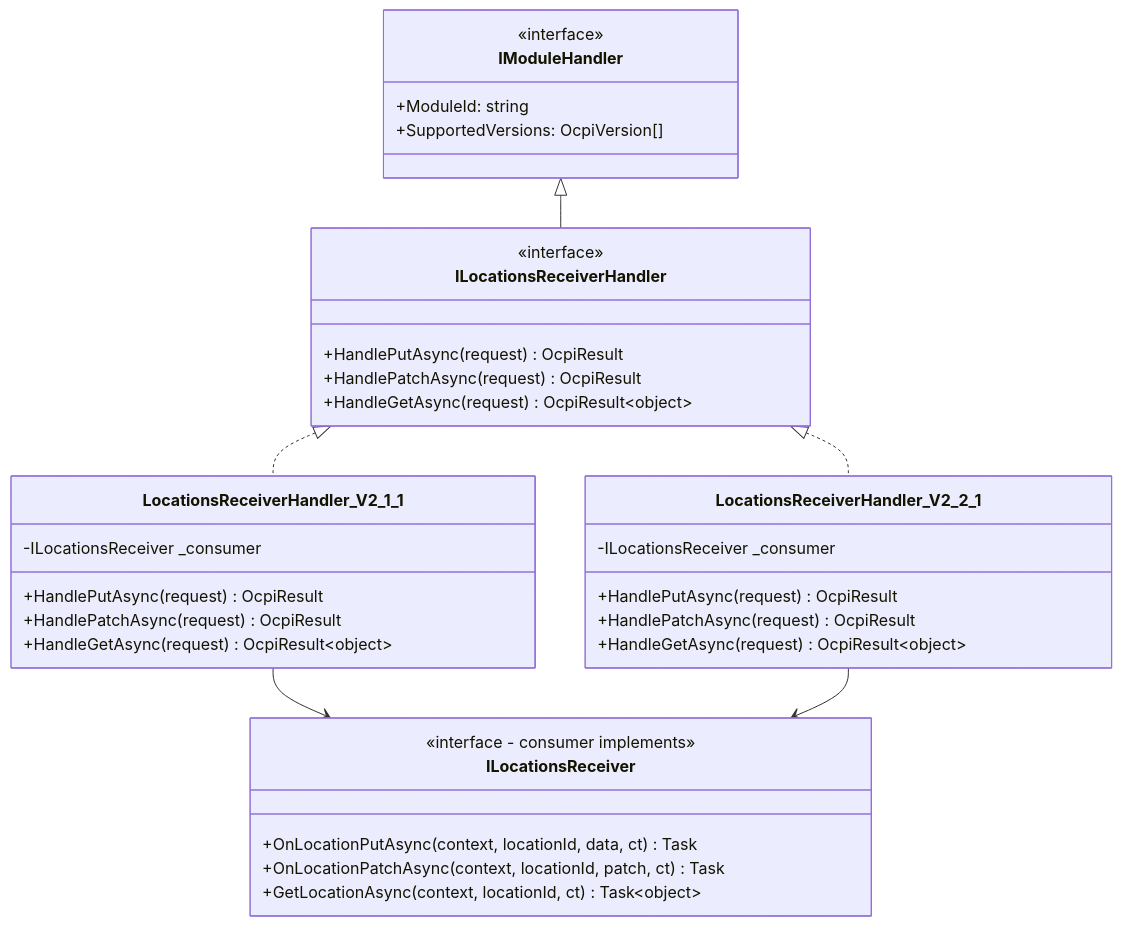
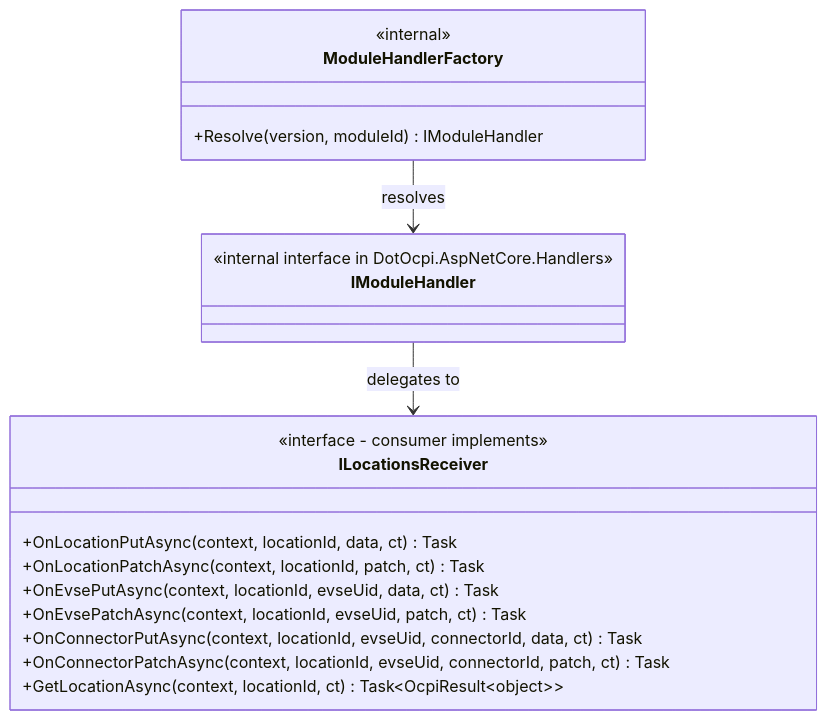
Before and after one commit to hannan-m/DotOcpi: diagram 16 of 34 in docs/architecture.md, drawn with Mermaid. The commit also changed other lines of this file, not shown here.

First line of the commit message:
fix architecture.md to match actual implementation

````diff
--- a/docs/architecture.md
+++ b/docs/architecture.md
@@ -618,42 +643,25 @@
 ```mermaid
 classDiagram
     class IModuleHandler {
-        <<interface>>
-        +ModuleId: string
-        +SupportedVersions: OcpiVersion[]
+        <<internal interface in DotOcpi.AspNetCore.Handlers>>
     }
 
-    class ILocationsReceiverHandler {
-        <<interface>>
-        +HandlePutAsync(request) OcpiResult
-        +HandlePatchAsync(request) OcpiResult
-        +HandleGetAsync(request) OcpiResult~object~
-    }
-
-    class LocationsReceiverHandler_V2_1_1 {
-        -ILocationsReceiver _consumer
-        +HandlePutAsync(request) OcpiResult
-        +HandlePatchAsync(request) OcpiResult
-        +HandleGetAsync(request) OcpiResult~object~
-    }
-
-    class LocationsReceiverHandler_V2_2_1 {
-        -ILocationsReceiver _consumer
-        +HandlePutAsync(request) OcpiResult
-        +HandlePatchAsync(request) OcpiResult
-        +HandleGetAsync(request) OcpiResult~object~
+    class ModuleHandlerFactory {
+        <<internal>>
+        +Resolve(version, moduleId) IModuleHandler
     }
 
     class ILocationsReceiver {
         <<interface - consumer implements>>
         +OnLocationPutAsync(context, locationId, data, ct) Task
         +OnLocationPatchAsync(context, locationId, patch, ct) Task
-        +GetLocationAsync(context, locationId, ct) Task~object~
+        +OnEvsePutAsync(context, locationId, evseUid, data, ct) Task
+        +OnEvsePatchAsync(context, locationId, evseUid, patch, ct) Task
+        +OnConnectorPutAsync(context, locationId, evseUid, connectorId, data, ct) Task
+        +OnConnectorPatchAsync(context, locationId, evseUid, connectorId, patch, ct) Task
+        +GetLocationAsync(context, locationId, ct) Task~OcpiResult~object~~
     }
 
-    IModuleHandler <|-- ILocationsReceiverHandler
-    ILocationsReceiverHandler <|.. LocationsReceiverHandler_V2_1_1
-    ILocationsReceiverHandler <|.. LocationsReceiverHandler_V2_2_1
-    LocationsReceiverHandler_V2_1_1 --> ILocationsReceiver
-    LocationsReceiverHandler_V2_2_1 --> ILocationsReceiver
+    ModuleHandlerFactory --> IModuleHandler : resolves
+    IModuleHandler --> ILocationsReceiver : delegates to
 ```
````
